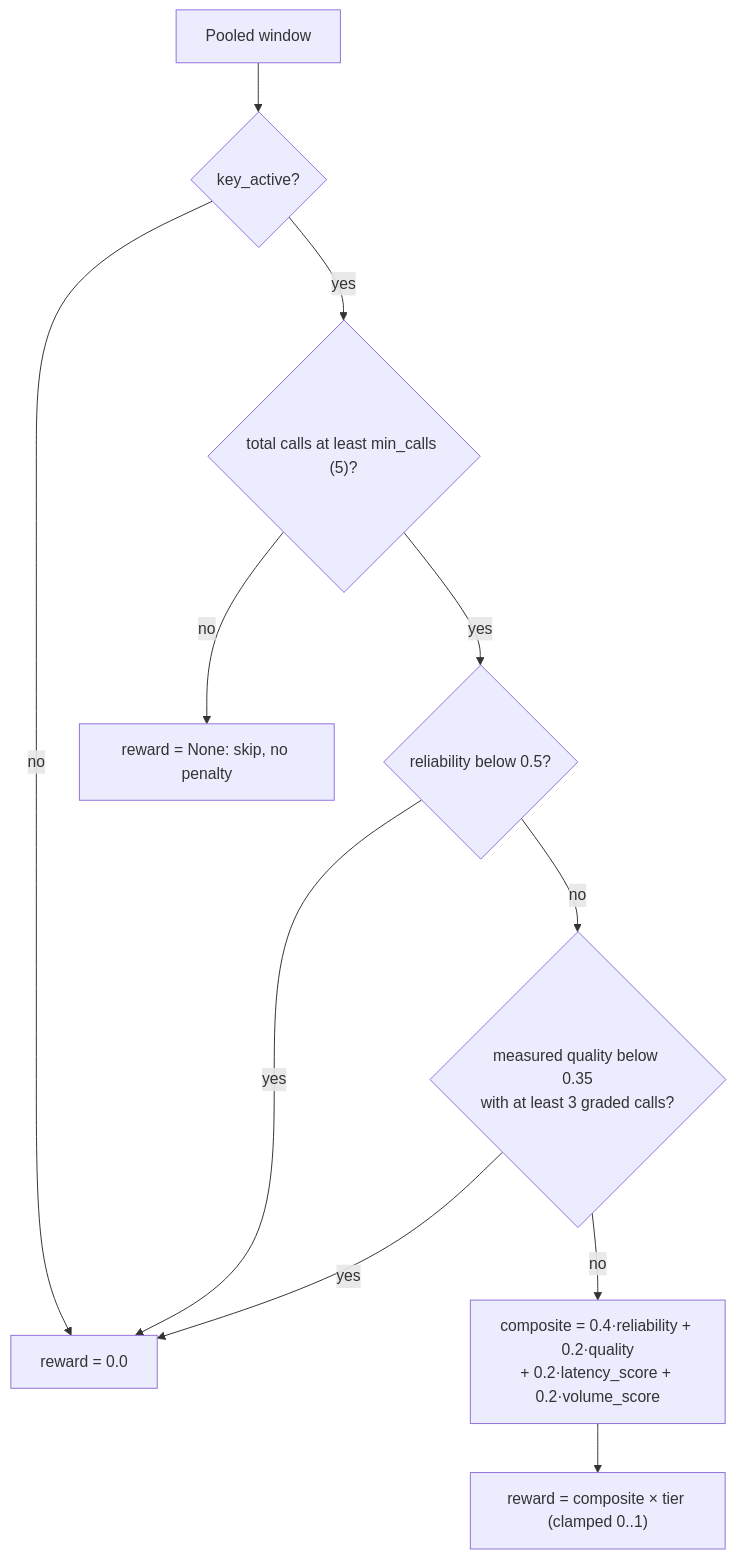
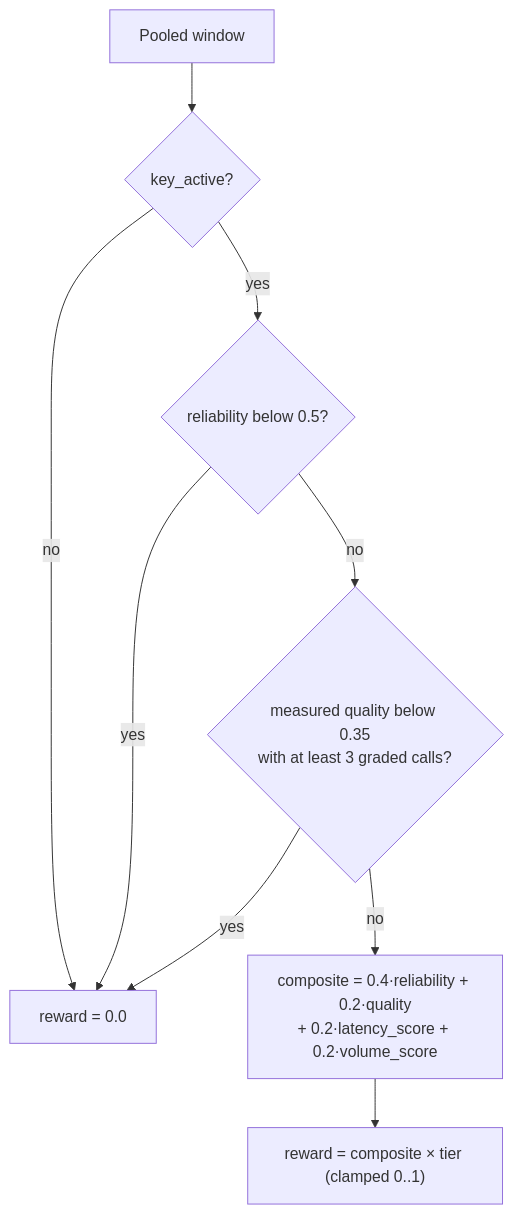
Before and after one commit to taostatus/taostatus-subnet: the fifth of 6 diagrams in docs/scoring.md, drawn with Mermaid. The commit also changed other lines of this file and 11 other files, not shown here.

````diff
--- a/docs/scoring.md
+++ b/docs/scoring.md
@@ -131,13 +164,11 @@
 ```mermaid
 flowchart TD
     W["Pooled window"] --> A{"key_active?"}
     A -- no --> Z["reward = 0.0"]
-    A -- yes --> B{"total calls at least min_calls (5)?"}
-    B -- no --> N["reward = None: skip, no penalty"]
-    B -- yes --> C{"reliability below 0.5?"}
+    A -- yes --> C{"reliability below 0.5?"}
     C -- yes --> Z
     C -- no --> D{"measured quality below 0.35<br/>with at least 3 graded calls?"}
     D -- yes --> Z
     D -- no --> E["composite = 0.4·reliability + 0.2·quality<br/>+ 0.2·latency_score + 0.2·volume_score"]
     E --> F["reward = composite × tier (clamped 0..1)"]
 ```
````
